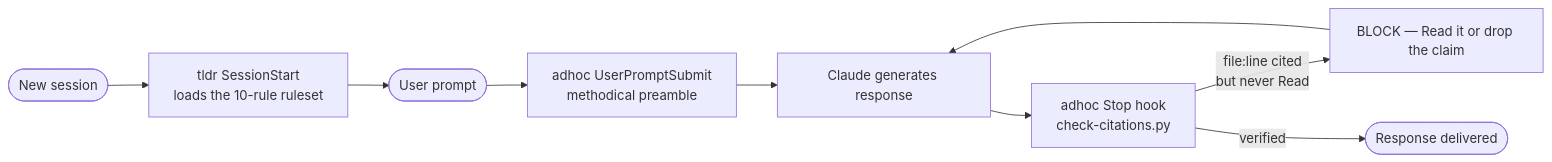
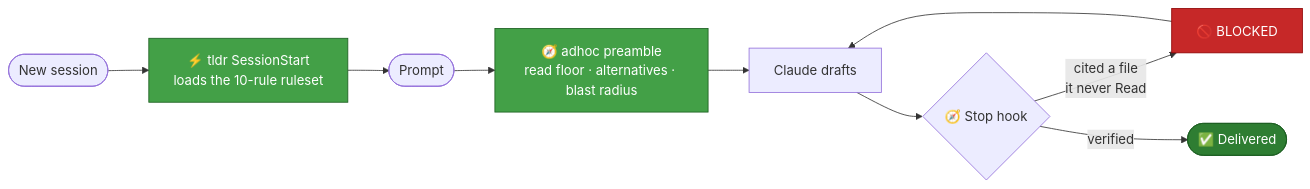
The second of 2 diagrams in README.md (alphabravo-oss/guild), drawn with Mermaid before and after one commit. The commit also changed other lines of this file, not shown here.

````diff
--- a/README.md
+++ b/README.md
@@ -274,11 +250,16 @@
 ```mermaid
 flowchart LR
-    start([New session]) --> tldrss["tldr SessionStart<br/>loads the 10-rule ruleset"]
-    tldrss --> user([User prompt])
-    user --> up["adhoc UserPromptSubmit<br/>methodical preamble"]
-    up --> claude[Claude generates response]
-    claude --> stop["adhoc Stop hook<br/>check-citations.py"]
-    stop -->|"file:line cited<br/>but never Read"| block["BLOCK — Read it or drop the claim"]
-    block --> claude
-    stop -->|verified| out([Response delivered])
+    S([New session]) --> T["⚡ tldr SessionStart<br/>loads the 10-rule ruleset"]
+    T --> U([Prompt])
+    U --> A["🧭 adhoc preamble<br/>read floor · alternatives · blast radius"]
+    A --> C[Claude drafts]
+    C --> H{"🧭 Stop hook"}
+    H -->|"cited a file<br/>it never Read"| B["🚫 BLOCKED"]
+    B --> C
+    H -->|verified| O([✅ Delivered])
+
+    style T fill:#43A047,stroke:#1B5E20,color:#fff
+    style A fill:#43A047,stroke:#1B5E20,color:#fff
+    style B fill:#C62828,stroke:#8E0000,color:#fff
+    style O fill:#2E7D32,stroke:#1B5E20,color:#fff
 ```
````
